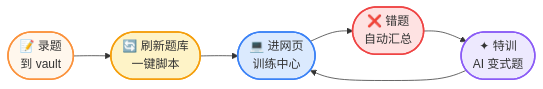
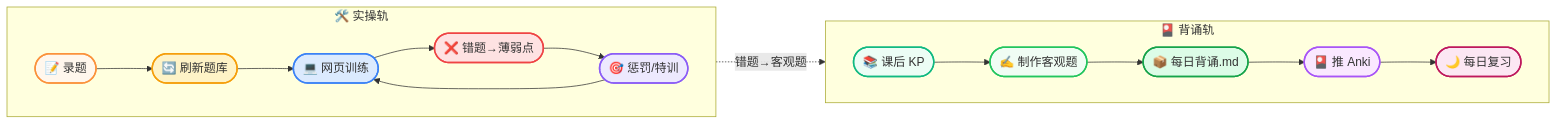
Before and after one commit to aerfagogogo/zhuwang-type-drill: the first of 2 diagrams in README.md, drawn with Mermaid. The commit also changed other lines of this file, not shown here.

First line of the commit message:
docs: 重画数据流（补背诵轨+Anki）+ 口令表分轨道

````diff
--- a/README.md
+++ b/README.md
@@ -12,14 +14,26 @@
 ```mermaid
 flowchart LR
-    A([📝 录题<br/>到 vault]) --> B([🔄 刷新题库<br/>一键脚本])
-    B --> C([💻 进网页<br/>训练中心])
-    C --> D([❌ 错题<br/>自动汇总])
-    D --> E([✦ 特训<br/>AI 变式题])
-    E --> C
+    subgraph 实操["🛠️ 实操轨"]
+        direction LR
+        A1([📝 录题]) --> A2([🔄 刷新题库]) --> A3([💻 网页训练]) --> A4([❌ 错题→薄弱点]) --> A5([🎯 惩罚/特训])
+        A5 --> A3
+    end
 
-    style A fill:#fff7ed,stroke:#fb923c,stroke-width:2px
-    style B fill:#fef3c7,stroke:#f59e0b,stroke-width:2px
-    style C fill:#dbeafe,stroke:#3b82f6,stroke-width:2px
-    style D fill:#fee2e2,stroke:#ef4444,stroke-width:2px
-    style E fill:#ede9fe,stroke:#8b5cf6,stroke-width:2px
+    subgraph 背诵["🎴 背诵轨"]
+        direction LR
+        B1([📚 课后 KP]) --> B2([✍️ 制作客观题]) --> B3([📦 每日背诵.md]) --> B4([🎴 推 Anki]) --> B5([🌙 每日复习])
+    end
+
+    实操 -.错题→客观题.-> 背诵
+
+    style A1 fill:#fff7ed,stroke:#fb923c,stroke-width:2px
+    style A2 fill:#fef3c7,stroke:#f59e0b,stroke-width:2px
+    style A3 fill:#dbeafe,stroke:#3b82f6,stroke-width:2px
+    style A4 fill:#fee2e2,stroke:#ef4444,stroke-width:2px
+    style A5 fill:#ede9fe,stroke:#8b5cf6,stroke-width:2px
+    style B1 fill:#ecfdf5,stroke:#10b981,stroke-width:2px
+    style B2 fill:#f0fdf4,stroke:#22c55e,stroke-width:2px
+    style B3 fill:#dcfce7,stroke:#16a34a,stroke-width:2px
+    style B4 fill:#fae8ff,stroke:#a855f7,stroke-width:2px
+    style B5 fill:#fce7f3,stroke:#be185d,stroke-width:2px
 ```
````
